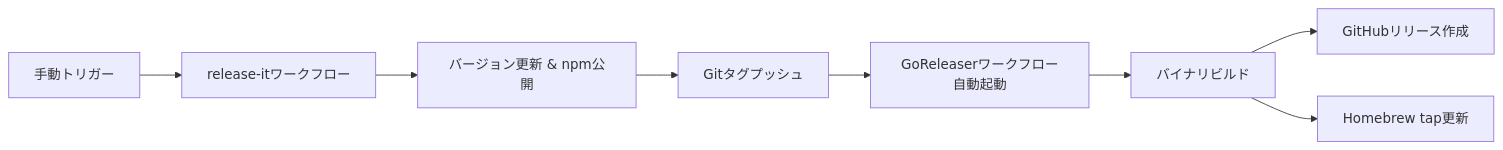
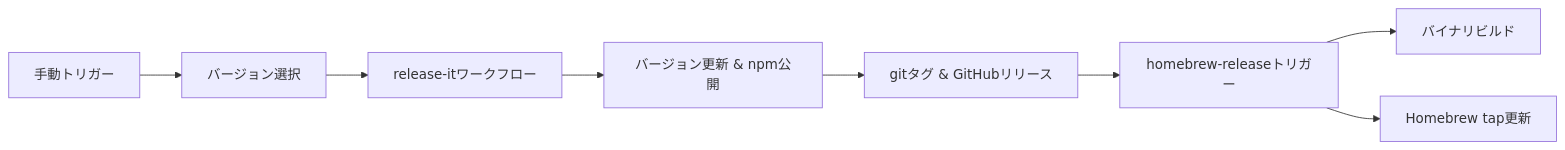
Before and after one commit to sugurutakahashi-1234/ai-chat-md-export: the second of 2 diagrams in CONTRIBUTING.ja.md, drawn with Mermaid. The commit also changed other lines of this file and 17 other files, not shown here.

````diff
--- a/CONTRIBUTING.ja.md
+++ b/CONTRIBUTING.ja.md
@@ -37,10 +67,10 @@
 ```mermaid
 graph LR
-    A[手動トリガー] --> B[release-itワークフロー]
-    B --> C[バージョン更新 & npm公開]
-    C --> D[Gitタグプッシュ]
-    D --> E[GoReleaserワークフロー自動起動]
-    E --> F[バイナリビルド]
-    F --> G[GitHubリリース作成]
+    A[手動トリガー] --> B[バージョン選択]
+    B --> C[release-itワークフロー]
+    C --> D[バージョン更新 & npm公開]
+    D --> E[gitタグ & GitHubリリース]
+    E --> F[homebrew-releaseトリガー]
+    F --> G[バイナリビルド]
     F --> H[Homebrew tap更新]
 ```
````
